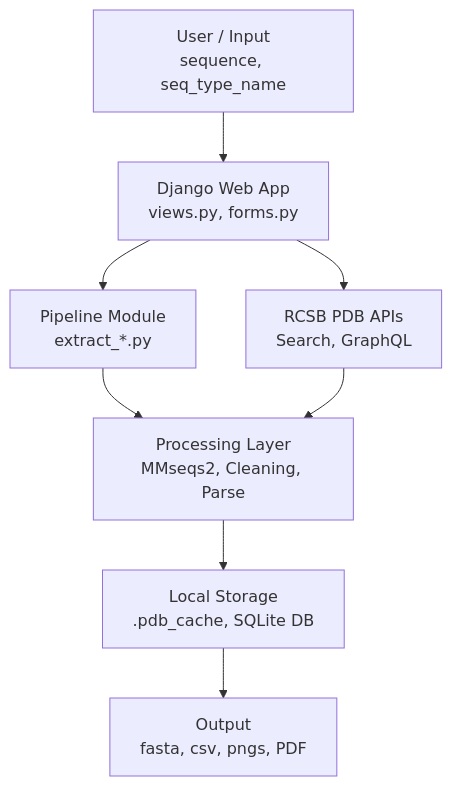
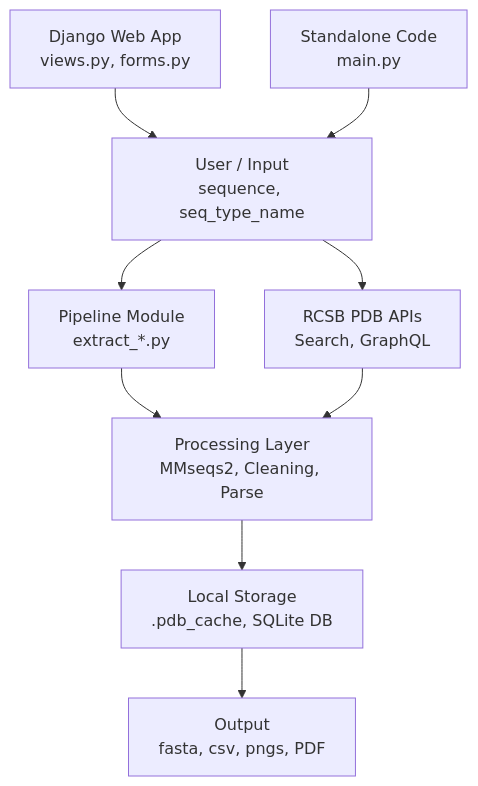
The diagram in README.md (RitAreaSciencePark/Protein_Crystallization_Data_Extraction), drawn with Mermaid before and after one commit. The commit also changed other lines of this file and 24 other files, not shown here.

````diff
--- a/README.md
+++ b/README.md
@@ -144,29 +146,31 @@
 ```mermaid
 flowchart TD
 
-    A[User / Input<br>sequence, seq_type_name]
+    A[Django Web App<br>views.py, forms.py]
 
-    B[Django Web App<br>views.py, forms.py]
+    H[Standalone Code<br>main.py]
+
+    B[User / Input<br>sequence, seq_type_name]
 
     C[Pipeline Module<br>extract_*.py]
 
     D[RCSB PDB APIs<br>Search, GraphQL]
 
     E[Processing Layer<br>MMseqs2, Cleaning, Parse]
 
     F[Local Storage<br>.pdb_cache, SQLite DB]
 
     G[Output<br>fasta, csv, pngs, PDF]
 
     A --> B
-
+    H --> B
     B --> C
     B --> D
 
     C --> E
     D --> E
 
     E --> F
 
     F --> G
 ```
````
